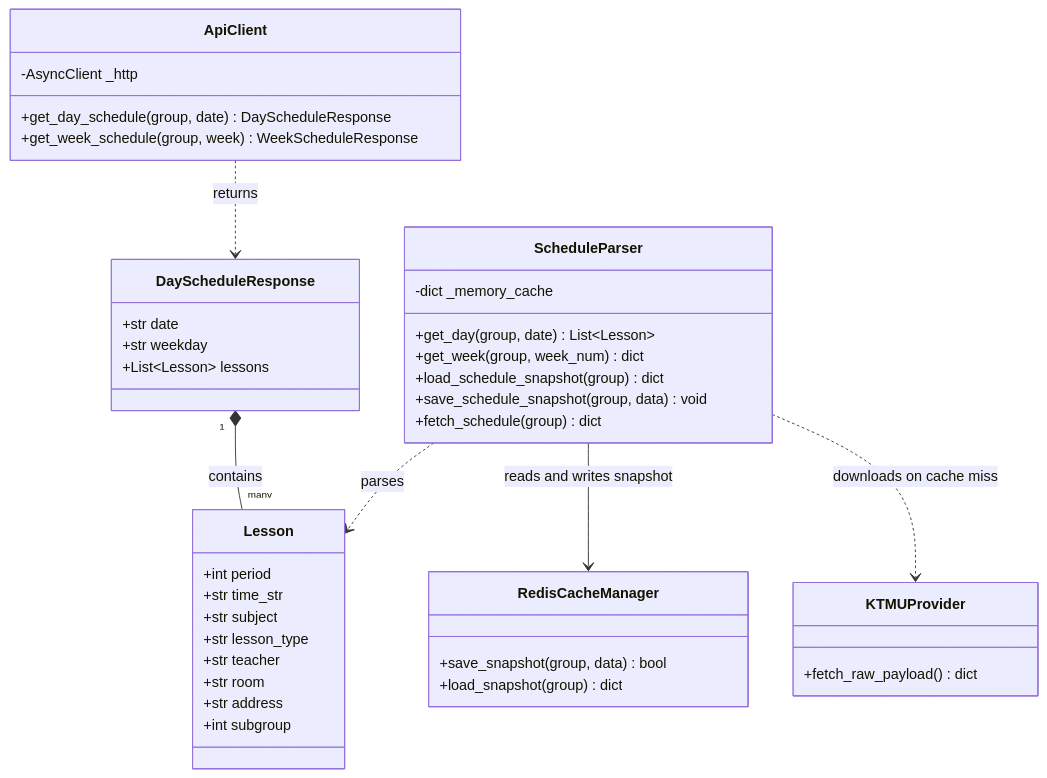
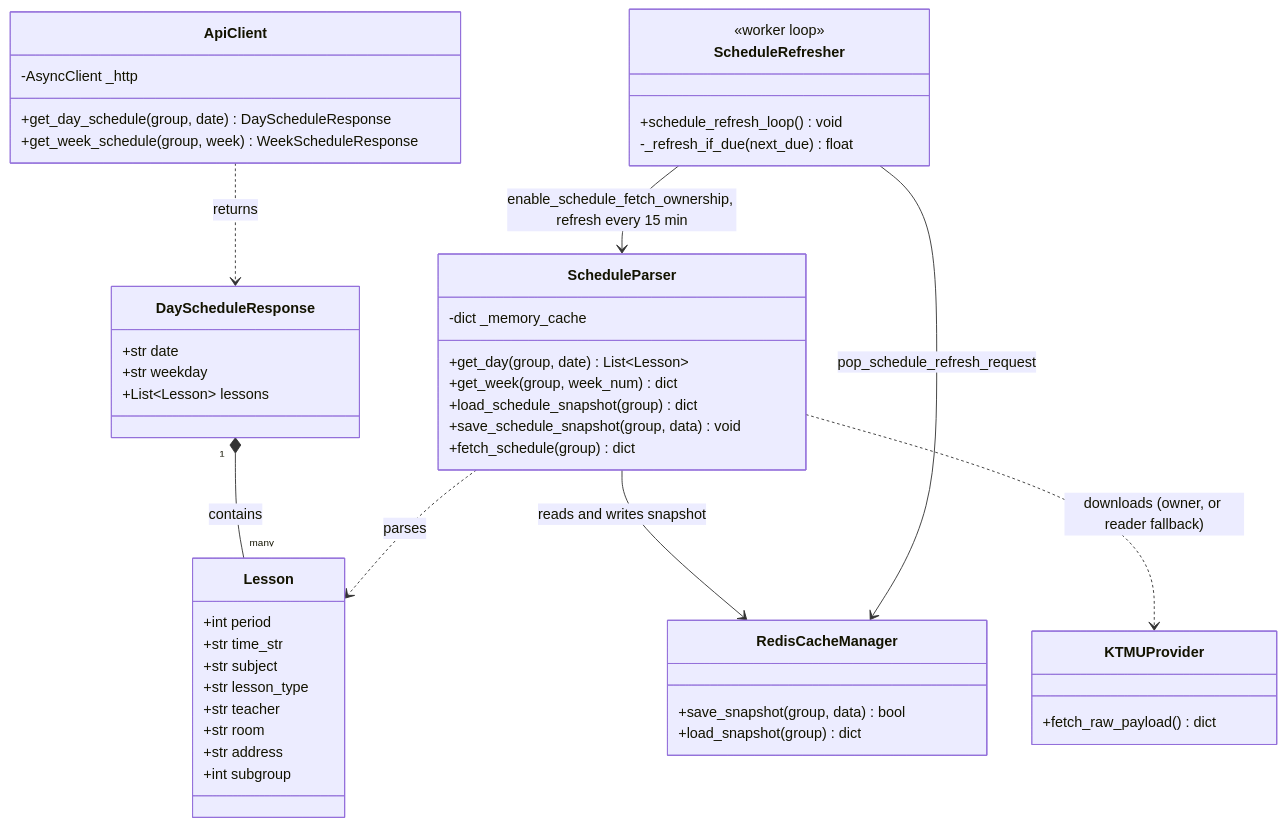
One commit to Utkautka1/para changed the third of 52 diagrams in docs/UML.md. Above: the diagram before and after it, drawn with Mermaid. The commit also changed other lines of this file and 16 other files, not shown here.

First line of the commit message:
perf(schedule): download KTMU timetable only in worker, serve snapshot everywhere

````diff
--- a/docs/UML.md
+++ b/docs/UML.md
@@ -442,51 +442,59 @@
 ```mermaid
 classDiagram
     direction TB
 
     class DayScheduleResponse {
         +str date
         +str weekday
         +List~Lesson~ lessons
     }
 
     class Lesson {
         +int period
         +str time_str
         +str subject
         +str lesson_type
         +str teacher
         +str room
         +str address
         +int subgroup
     }
 
     class ScheduleParser {
         -dict _memory_cache
         +get_day(group, date) List~Lesson~
         +get_week(group, week_num) dict
         +load_schedule_snapshot(group) dict
         +save_schedule_snapshot(group, data) void
         +fetch_schedule(group) dict
     }
 
     class RedisCacheManager {
         +save_snapshot(group, data) bool
         +load_snapshot(group) dict
     }
 
     class ApiClient {
         -AsyncClient _http
         +get_day_schedule(group, date) DayScheduleResponse
         +get_week_schedule(group, week) WeekScheduleResponse
     }
 
     class KTMUProvider {
         +fetch_raw_payload() dict
     }
 
+    class ScheduleRefresher {
+        <<worker loop>>
+        +schedule_refresh_loop() void
+        -_refresh_if_due(next_due) float
+    }
+
     DayScheduleResponse "1" *-- "many" Lesson : contains
     ApiClient ..> DayScheduleResponse : returns
     ScheduleParser ..> Lesson : parses
     ScheduleParser --> RedisCacheManager : reads and writes snapshot
-    ScheduleParser ..> KTMUProvider : downloads on cache miss
+    ScheduleParser ..> KTMUProvider : downloads (owner, or reader fallback)
+    ScheduleRefresher --> ScheduleParser : enable_schedule_fetch_ownership, refresh every 15 min
+    ScheduleRefresher --> RedisCacheManager : pop_schedule_refresh_request
 ```
````
